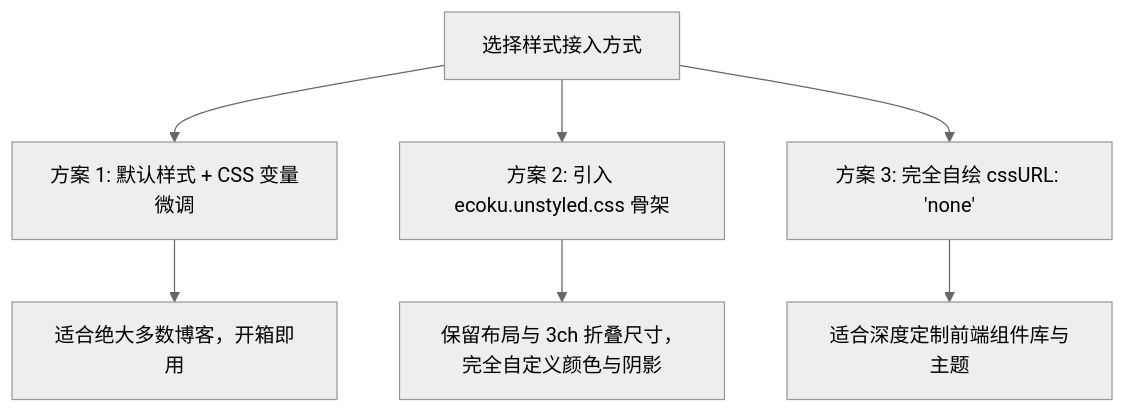
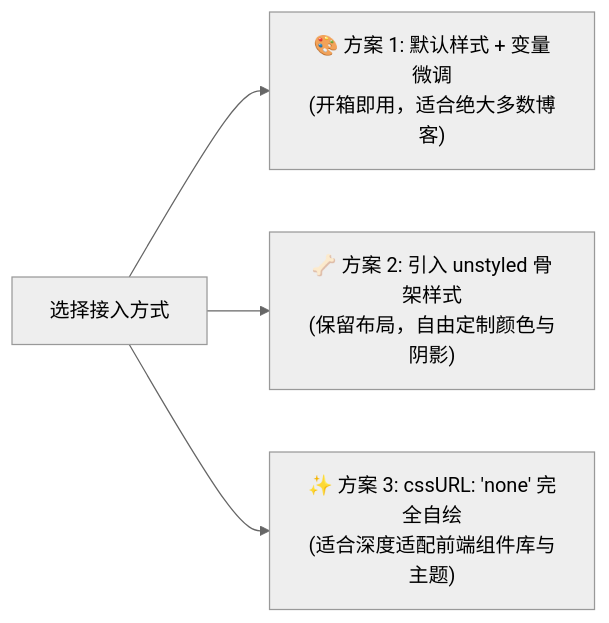
Before and after one commit to DejavuMoe/Ecoku: the diagram in docs/integration/custom-css.md, drawn with Mermaid (neutral theme). The commit also changed other lines of this file and 71 other files, not shown here.

First line of the commit message:
docs: audit documentation facts, align API contracts, and optimize diagram layouts

````diff
--- a/docs/integration/custom-css.md
+++ b/docs/integration/custom-css.md
@@ -9,9 +9,6 @@
 ```mermaid
-graph TD
-    A["选择样式接入方式"] --> B["方案 1: 默认样式 + CSS 变量微调"]
-    A --> C["方案 2: 引入 ecoku.unstyled.css 骨架"]
-    A --> D["方案 3: 完全自绘 cssURL: 'none'"]
-    B --> E["适合绝大多数博客，开箱即用"]
-    C --> F["保留布局与 3ch 折叠尺寸，完全自定义颜色与阴影"]
-    D --> G["适合深度定制前端组件库与主题"]
+flowchart LR
+    A["选择接入方式"] --> B["🎨 方案 1: 默认样式 + 变量微调<br/>(开箱即用，适合绝大多数博客)"]
+    A --> C["🦴 方案 2: 引入 unstyled 骨架样式<br/>(保留布局，自由定制颜色与阴影)"]
+    A --> D["✨ 方案 3: cssURL: 'none' 完全自绘<br/>(适合深度适配前端组件库与主题)"]
 ```
````
